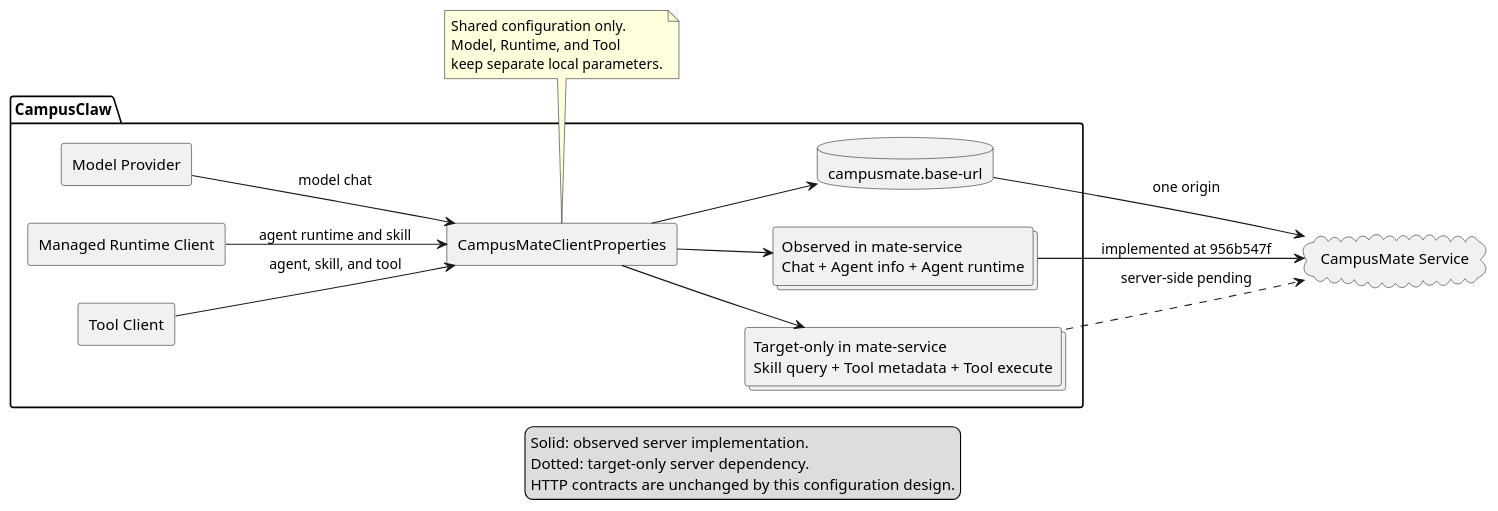
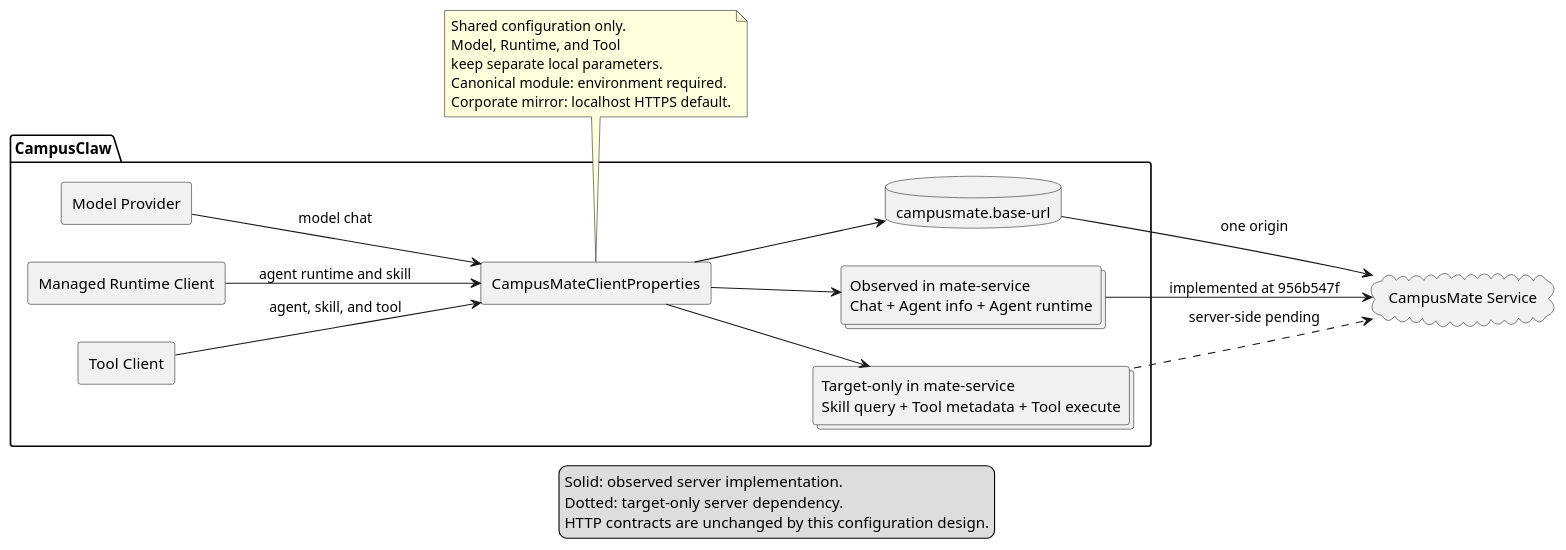
Before and after one commit to 2862282695gjh-afk/pi-mono-java: the first of 2 diagrams in docs/designs/campusmate-shared-config/diagram.puml, drawn with PlantUML. The commit also changed other lines of this file and 11 other files, not shown here.

```diff
--- a/docs/designs/campusmate-shared-config/diagram.puml
+++ b/docs/designs/campusmate-shared-config/diagram.puml
@@ -1,47 +1,50 @@
 @startuml campusmate_shared_configuration
 ' Source evidence: modules/coding-agent-cli/src/main/resources/application.yml lines 89-140 at 56be8eee59415a5f86658d6635a7b7e8891263d3.
 ' Reviewed implementation: CampusMateClientProperties, MateServiceModelManagerProvider, MateServiceClient, and MateToolAutoConfiguration at e8533b5ebf564f9d8d707faa115be638dc377556.
 ' Server evidence: LlmChatController and AgentDefinitionController at mate-service 956b547f5ca12ca89e68f73012f92a4406b0c9fa.
 ' Observed behavior: three configuration roots declared three service origins and seven path keys for one CampusMate service.
 ' Server observation: Chat, Agent info, and Agent runtime operations exist at the mate-service baseline.
 ' Target-only design: Skill query, Tool metadata, and Tool execute are client dependencies but server-side pending at that baseline.
 ' Architecture change: one shared origin and six HTTP operations are consumed by all three clients.
 ' Security hardening: base URLs and service-local paths fail during startup when invalid.
+' Product constraint: campusclaw/src/main/resources/application.properties defaults the origin to https://localhost:8591 after 2cb1661f.
 skinparam shadowing false
 skinparam componentStyle rectangle
 left to right direction
 
 package "CampusClaw" {
   component "Model Provider" as model
   component "Managed Runtime Client" as runtime
   component "Tool Client" as tool
   component "CampusMateClientProperties" as properties
   database "campusmate.base-url" as base
   collections "Observed in mate-service\nChat + Agent info + Agent runtime" as observed
   collections "Target-only in mate-service\nSkill query + Tool metadata + Tool execute" as target_only
 }
 
 cloud "CampusMate Service" as campusmate
 
 model --> properties : model chat
 runtime --> properties : agent runtime and skill
 tool --> properties : agent, skill, and tool
 properties --> base
 properties --> observed
 properties --> target_only
 base --> campusmate : one origin
 observed --> campusmate : implemented at 956b547f
 target_only ..> campusmate : server-side pending
 
 note bottom of properties
   Shared configuration only.
   Model, Runtime, and Tool
   keep separate local parameters.
+  Canonical module: environment required.
+  Corporate mirror: localhost HTTPS default.
 end note
 
 legend bottom
   Solid: observed server implementation.
   Dotted: target-only server dependency.
   HTTP contracts are unchanged by this configuration design.
 endlegend
 @enduml
```
